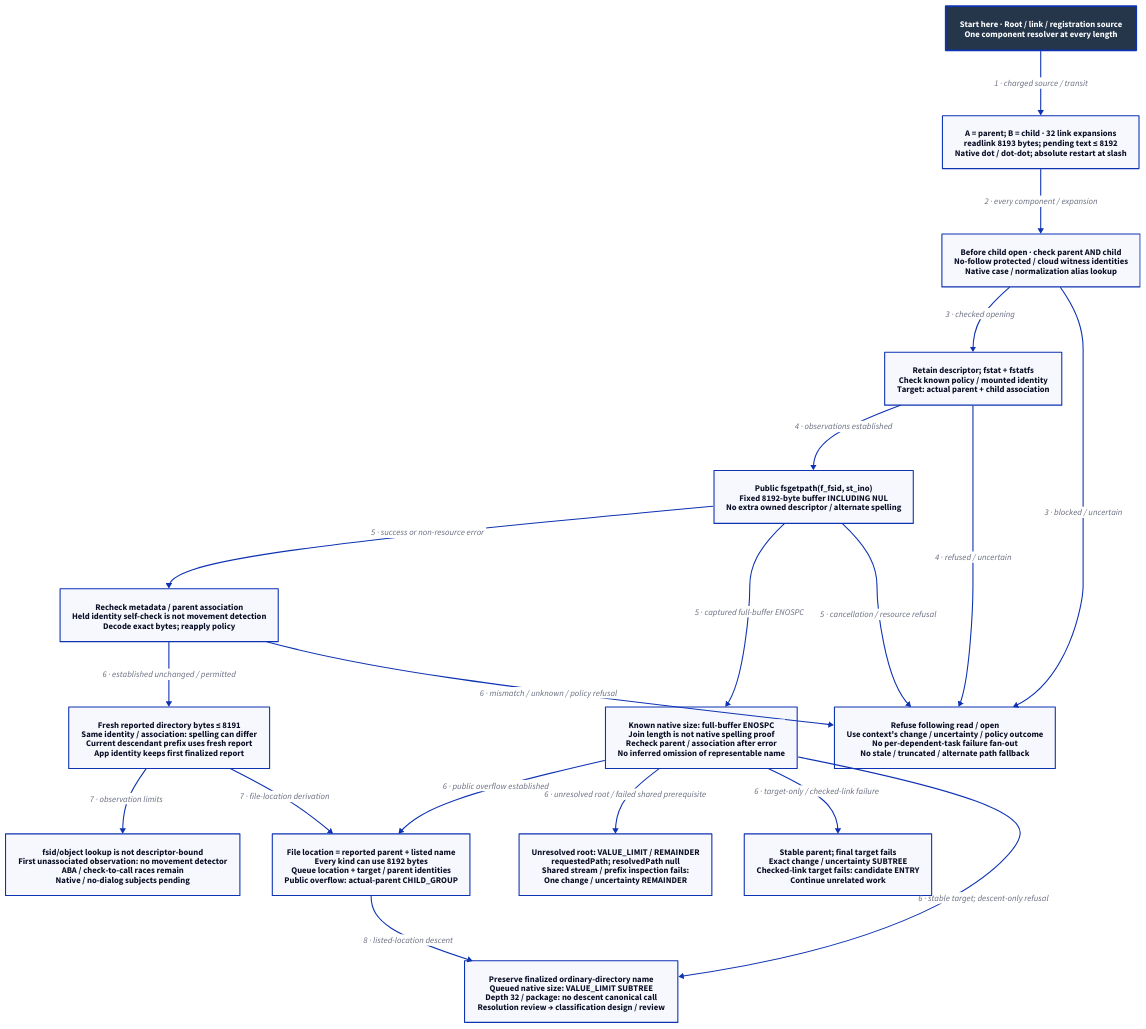
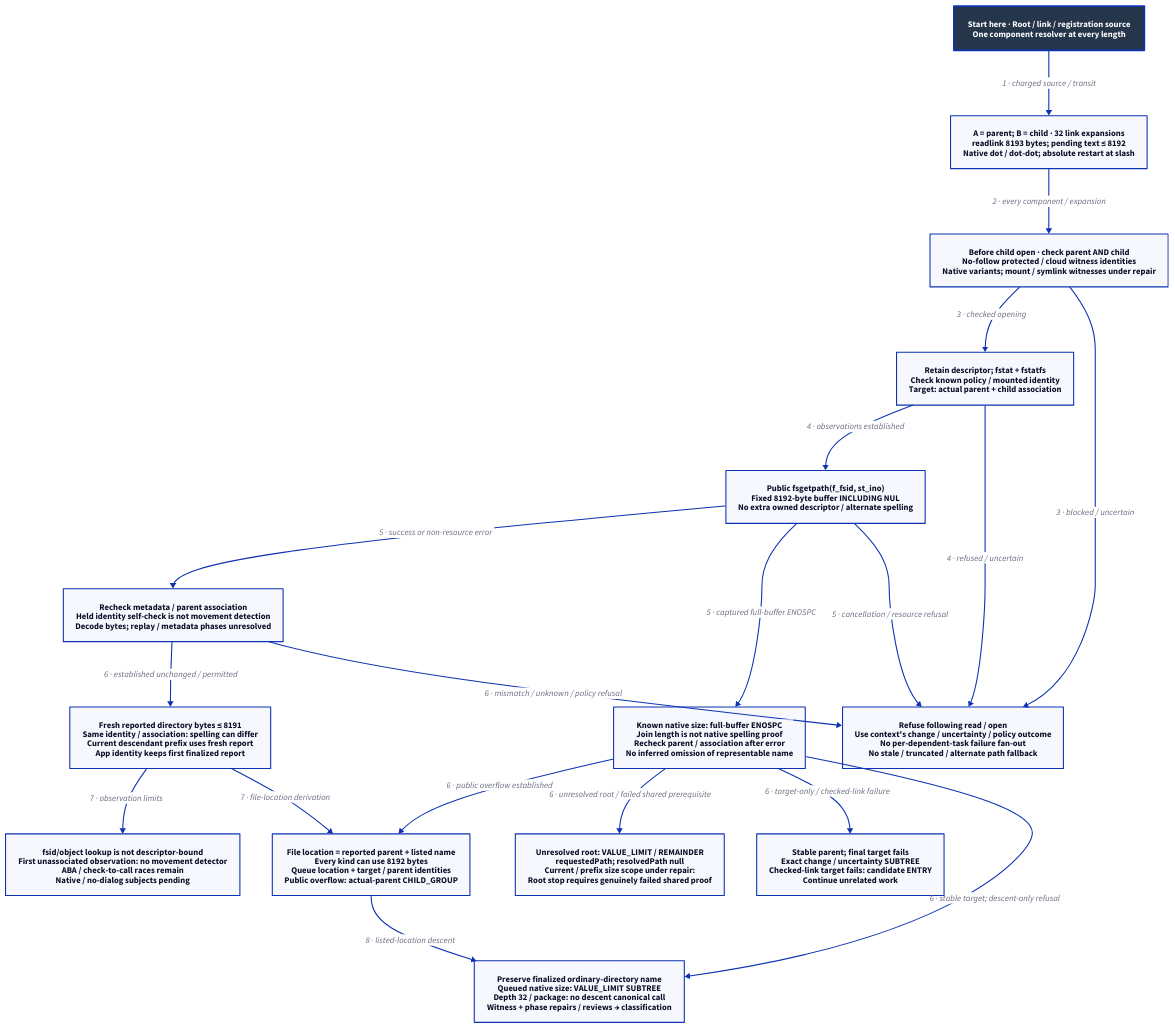
The diagram in docs/design/architecture/search-canonical.d2 (Linkuistics/Koine), drawn with D2 before and after one commit. The commit also changed 36 other files, not shown here.

Commit message:
search-path-resolution-k125: integrate review and route path prerequisites

```diff
--- a/docs/design/architecture/search-canonical.d2
+++ b/docs/design/architecture/search-canonical.d2
@@ -1,37 +1,37 @@
-# Selected resolution and spelling contract; review/native classification pending.
+# Resolution constraints; witness and replay/size-phase repairs pending.
 direction: down
 classes: {
   start: {style: {fill: "#25364B"; font-color: "#FFFFFF"; bold: true; stroke-width: 3}}
 }
 Start: "Start here · Root / link / registration source\nOne component resolver at every length" {class: start}
 Resolve: "A = parent; B = child · 32 link expansions\nreadlink 8193 bytes; pending text ≤ 8192\nNative dot / dot-dot; absolute restart at slash"
-Policy: "Before child open · check parent AND child\nNo-follow protected / cloud witness identities\nNative case / normalization alias lookup"
+Policy: "Before child open · check parent AND child\nNo-follow protected / cloud witness identities\nNative variants; mount / symlink witnesses under repair"
 Before: "Retain descriptor; fstat + fstatfs\nCheck known policy / mounted identity\nTarget: actual parent + child association"
 Call: "Public fsgetpath(f_fsid, st_ino)\nFixed 8192-byte buffer INCLUDING NUL\nNo extra owned descriptor / alternate spelling"
-After: "Recheck metadata / parent association\nHeld identity self-check is not movement detection\nDecode exact bytes; reapply policy"
+After: "Recheck metadata / parent association\nHeld identity self-check is not movement detection\nDecode bytes; replay / metadata phases unresolved"
 Path: "Fresh reported directory bytes ≤ 8191\nSame identity / association: spelling can differ\nCurrent descendant prefix uses fresh report\nApp identity keeps first finalized report"
 Size: "Known native size: full-buffer ENOSPC\nJoin length is not native spelling proof\nRecheck parent / association after error\nNo inferred omission of representable name"
 Parent: "File location = reported parent + listed name\nEvery kind can use 8192 bytes\nQueue location + target / parent identities\nPublic overflow: actual-parent CHILD_GROUP"
-Root: "Unresolved root: VALUE_LIMIT / REMAINDER\nrequestedPath; resolvedPath null\nShared stream / prefix inspection fails:\nOne change / uncertainty REMAINDER"
+Root: "Unresolved root: VALUE_LIMIT / REMAINDER\nrequestedPath; resolvedPath null\nCurrent / prefix size scope under repair:\nRoot stop requires genuinely failed shared proof"
 Failure: "Refuse following read / open\nUse context's change / uncertainty / policy outcome\nNo per-dependent-task failure fan-out\nNo stale / truncated / alternate path fallback"
 Exact: "Stable parent; final target fails\nExact change / uncertainty SUBTREE\nChecked-link target fails: candidate ENTRY\nContinue unrelated work"
-Design: "Preserve finalized ordinary-directory name\nQueued native size: VALUE_LIMIT SUBTREE\nDepth 32 / package: no descent canonical call\nResolution review → classification design / review"
+Design: "Preserve finalized ordinary-directory name\nQueued native size: VALUE_LIMIT SUBTREE\nDepth 32 / package: no descent canonical call\nWitness + phase repairs / reviews → classification"
 Limit: "fsid/object lookup is not descriptor-bound\nFirst unassociated observation: no movement detector\nABA / check-to-call races remain\nNative / no-dialog subjects pending"
 Start -> Resolve: "1 · charged source / transit"
 Resolve -> Policy: "2 · every component / expansion"
 Policy -> Before: "3 · checked opening"
 Policy -> Failure: "3 · blocked / uncertain"
 Before -> Call: "4 · observations established"
 Before -> Failure: "4 · refused / uncertain"
 Call -> After: "5 · success or non-resource error"
 Call -> Size: "5 · captured full-buffer ENOSPC"
 Call -> Failure: "5 · cancellation / resource refusal"
 After -> Path: "6 · established unchanged / permitted"
 After -> Failure: "6 · mismatch / unknown / policy refusal"
 Size -> Parent: "6 · public overflow established"
 Size -> Root: "6 · unresolved root / failed shared prerequisite"
 Size -> Exact: "6 · target-only / checked-link failure"
 Size -> Design: "6 · stable target; descent-only refusal"
 Path -> Limit: "7 · observation limits"
 Path -> Parent: "7 · file-location derivation"
 Parent -> Design: "8 · listed-location descent"
```
